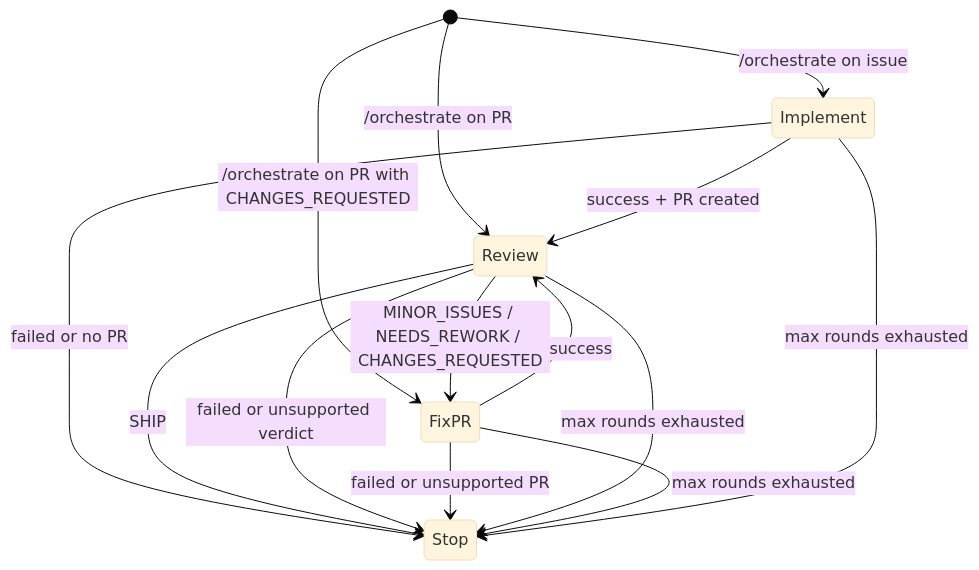
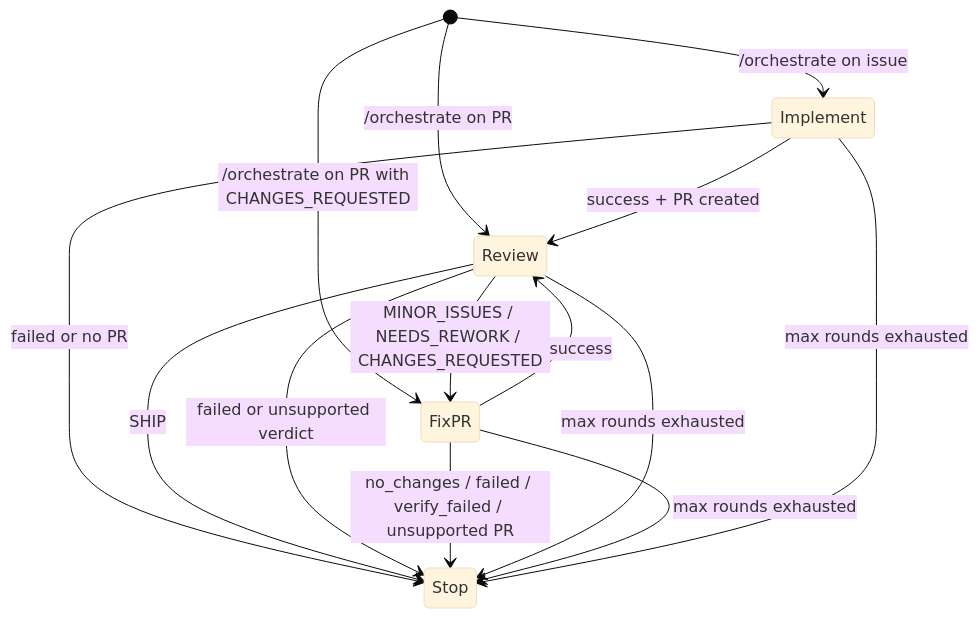
One commit to self-evolving/repo changed the diagram in .agent/docs/technical-details/agent-orchestrator.md. Above: the diagram before and after it, drawn with Mermaid (base theme). The commit also changed other lines of this file and 5 other files, not shown here.

````diff
--- a/.agent/docs/technical-details/agent-orchestrator.md
+++ b/.agent/docs/technical-details/agent-orchestrator.md
@@ -18,20 +18,20 @@
 ```mermaid
 stateDiagram-v2
     [*] --> Implement: /orchestrate on issue
     [*] --> Review: /orchestrate on PR
     [*] --> FixPR: /orchestrate on PR with CHANGES_REQUESTED
 
     Implement --> Review: success + PR created
     Implement --> Stop: failed or no PR
 
     Review --> FixPR: MINOR_ISSUES / NEEDS_REWORK / CHANGES_REQUESTED
     Review --> Stop: SHIP
     Review --> Stop: failed or unsupported verdict
 
     FixPR --> Review: success
-    FixPR --> Stop: failed or unsupported PR
+    FixPR --> Stop: no_changes / failed / verify_failed / unsupported PR
 
     Review --> Stop: max rounds exhausted
     FixPR --> Stop: max rounds exhausted
     Implement --> Stop: max rounds exhausted
 ```
````
